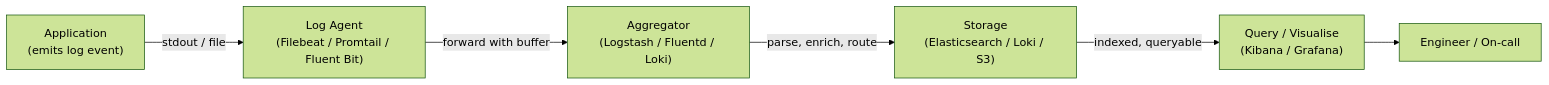
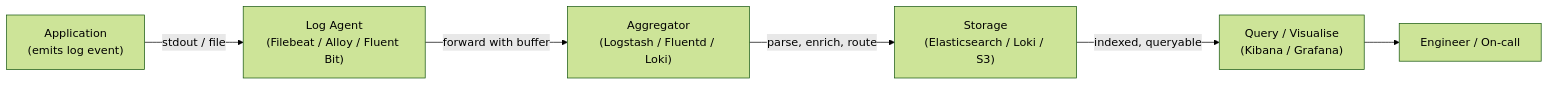
Before and after one commit to UncleJS/course_devops_career: the first of 5 diagrams in module-12-logging.md, drawn with Mermaid (forest theme). The commit also changed other lines of this file and 16 other files, not shown here.

````diff
--- a/module-12-logging.md
+++ b/module-12-logging.md
@@ -61,15 +40,15 @@
 ```mermaid
 flowchart LR
     A["Application<br/>(emits log event)"]
-    B["Log Agent<br/>(Filebeat / Promtail / Fluent Bit)"]
+    B["Log Agent<br/>(Filebeat / Alloy / Fluent Bit)"]
     C["Aggregator<br/>(Logstash / Fluentd / Loki)"]
     D["Storage<br/>(Elasticsearch / Loki / S3)"]
     E["Query / Visualise<br/>(Kibana / Grafana)"]
     F["Engineer / On-call"]
 
     A -->|"stdout / file"| B
     B -->|"forward with buffer"| C
     C -->|"parse, enrich, route"| D
     D -->|"indexed, queryable"| E
     E --> F
 ```
````
